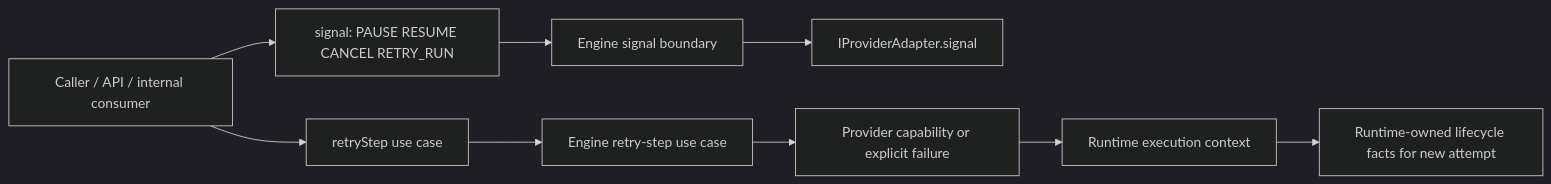
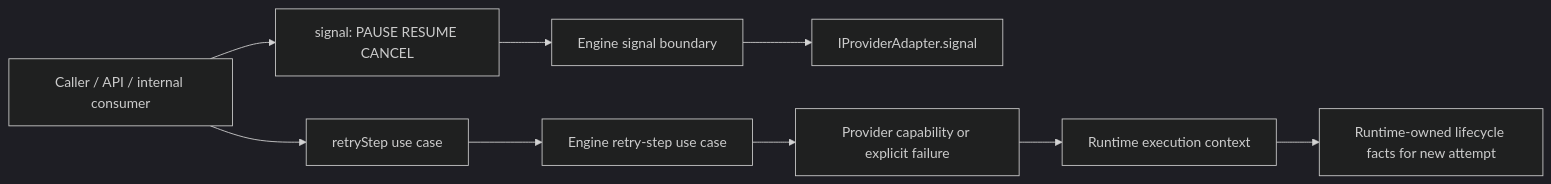
The second of 2 diagrams in docs/planning/reviews/architecture-and-governance/20260407-retry-step-boundary-and-use-case-review.md (dunay2/dvt), drawn with Mermaid (dark theme) before and after one commit. The commit also changed other lines of this file and 37 other files, not shown here.

Commit message:
feat(engine): Separate retry-run recovery from step-level signals

````diff
--- a/docs/planning/reviews/architecture-and-governance/20260407-retry-step-boundary-and-use-case-review.md
+++ b/docs/planning/reviews/architecture-and-governance/20260407-retry-step-boundary-and-use-case-review.md
@@ -200,14 +209,14 @@
 ```mermaid
 flowchart LR
-  caller[Caller / API / internal consumer] --> runSignals[signal: PAUSE RESUME CANCEL RETRY_RUN]
+  caller[Caller / API / internal consumer] --> runSignals[signal: PAUSE RESUME CANCEL]
   caller --> retryStep[retryStep use case]
 
   runSignals --> engineSignal[Engine signal boundary]
   retryStep --> engineRetry[Engine retry-step use case]
 
   engineSignal --> adapterSignal[IProviderAdapter.signal]
   engineRetry --> adapterRetry[Provider capability or explicit failure]
 
   adapterRetry --> runtime[Runtime execution context]
   runtime --> lifecycle[Runtime-owned lifecycle facts for new attempt]
 ```
````
